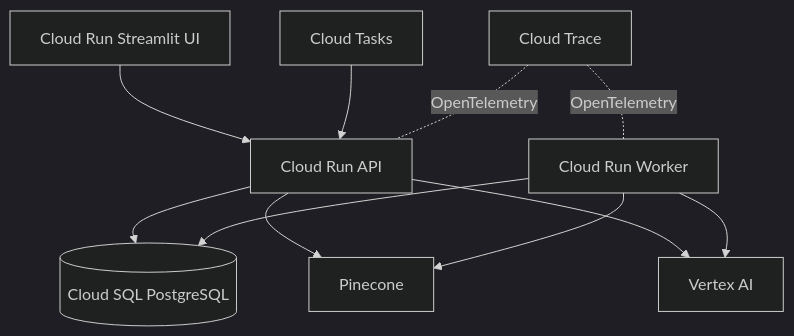
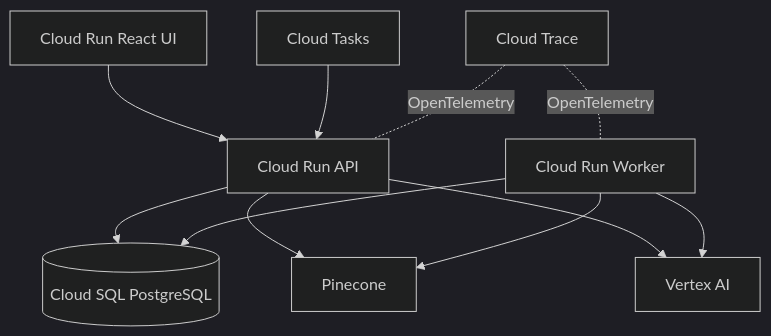
Before and after one commit to tarunngusain08/knowledge-forge: the fourth of 4 diagrams in docs/architecture.md, drawn with Mermaid (dark theme). The commit also changed other lines of this file and 22 other files, not shown here.

````diff
--- a/docs/architecture.md
+++ b/docs/architecture.md
@@ -65,13 +65,13 @@
 ```mermaid
 flowchart TB
   API[Cloud Run API] --> SQL[(Cloud SQL PostgreSQL)]
   API --> PC[Pinecone]
   API --> VX[Vertex AI]
-  UI[Cloud Run Streamlit UI] --> API
+  UI[Cloud Run React UI] --> API
   TASKS[Cloud Tasks] --> API
   WORKER[Cloud Run Worker] --> SQL
   WORKER --> PC
   WORKER --> VX
   TRACE[Cloud Trace] -. OpenTelemetry .- API
   TRACE -. OpenTelemetry .- WORKER
 ```
````
